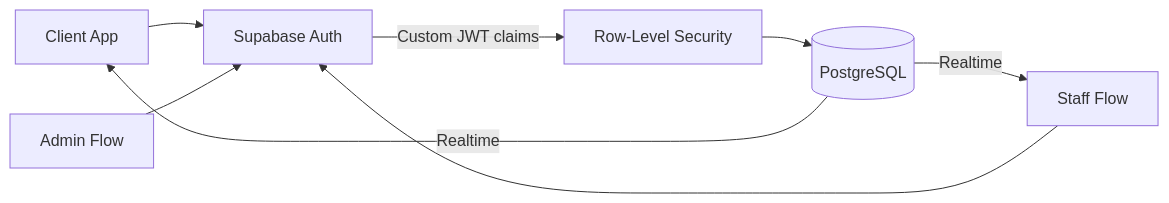
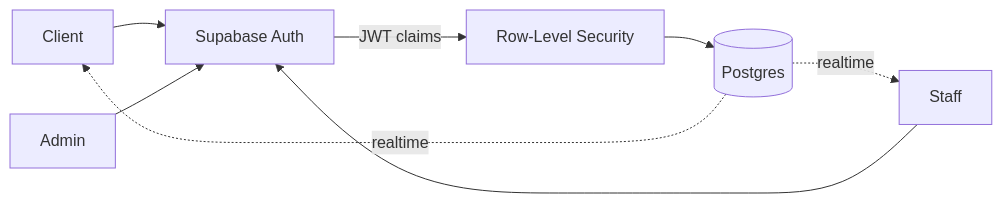
The diagram in README.md (Awais-Chandio/Awais-Chandio), drawn with Mermaid before and after one commit. The commit also changed other lines of this file, not shown here.

````diff
--- a/README.md
+++ b/README.md
@@ -69,10 +51,7 @@
 ```mermaid
 flowchart LR
-    A[Client App] --> D
-    B[Staff Flow] --> D
-    C[Admin Flow] --> D
-    D[Supabase Auth] -->|Custom JWT claims| E[Row-Level Security]
-    E --> F[(PostgreSQL)]
-    F -->|Realtime| A
-    F -->|Realtime| B
+    C[Client] & S[Staff] & A[Admin] --> AU[Supabase Auth]
+    AU -->|JWT claims| R[Row-Level Security]
+    R --> DB[(Postgres)]
+    DB -. realtime .-> C & S
 ```
````
